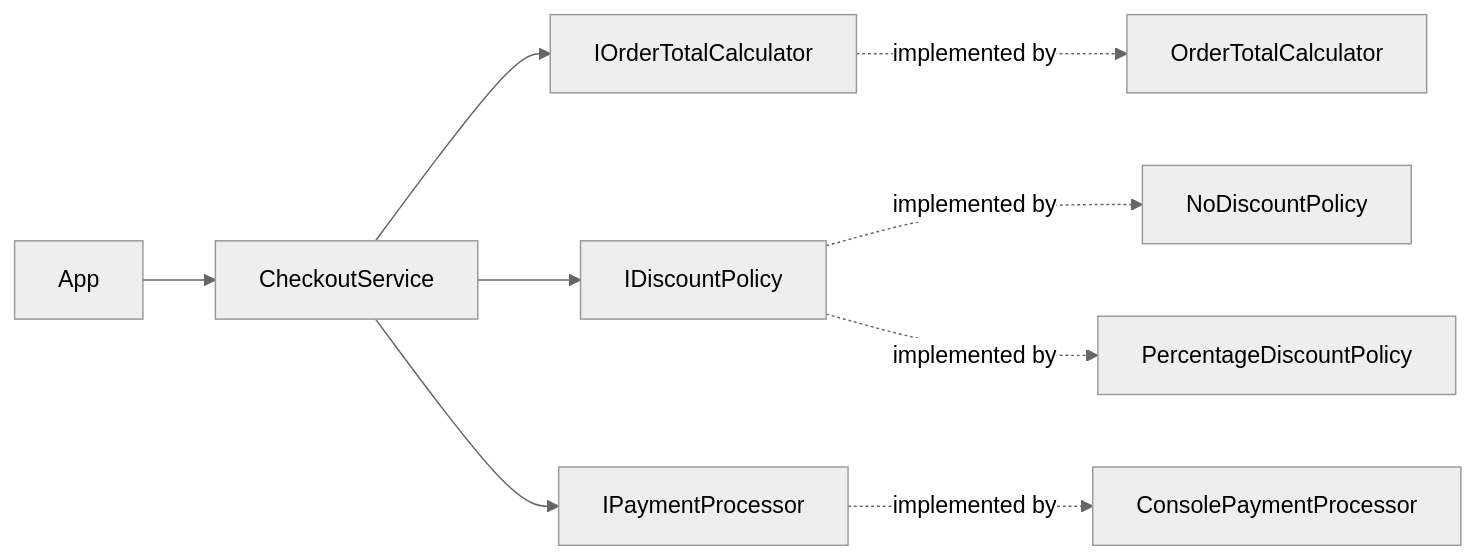
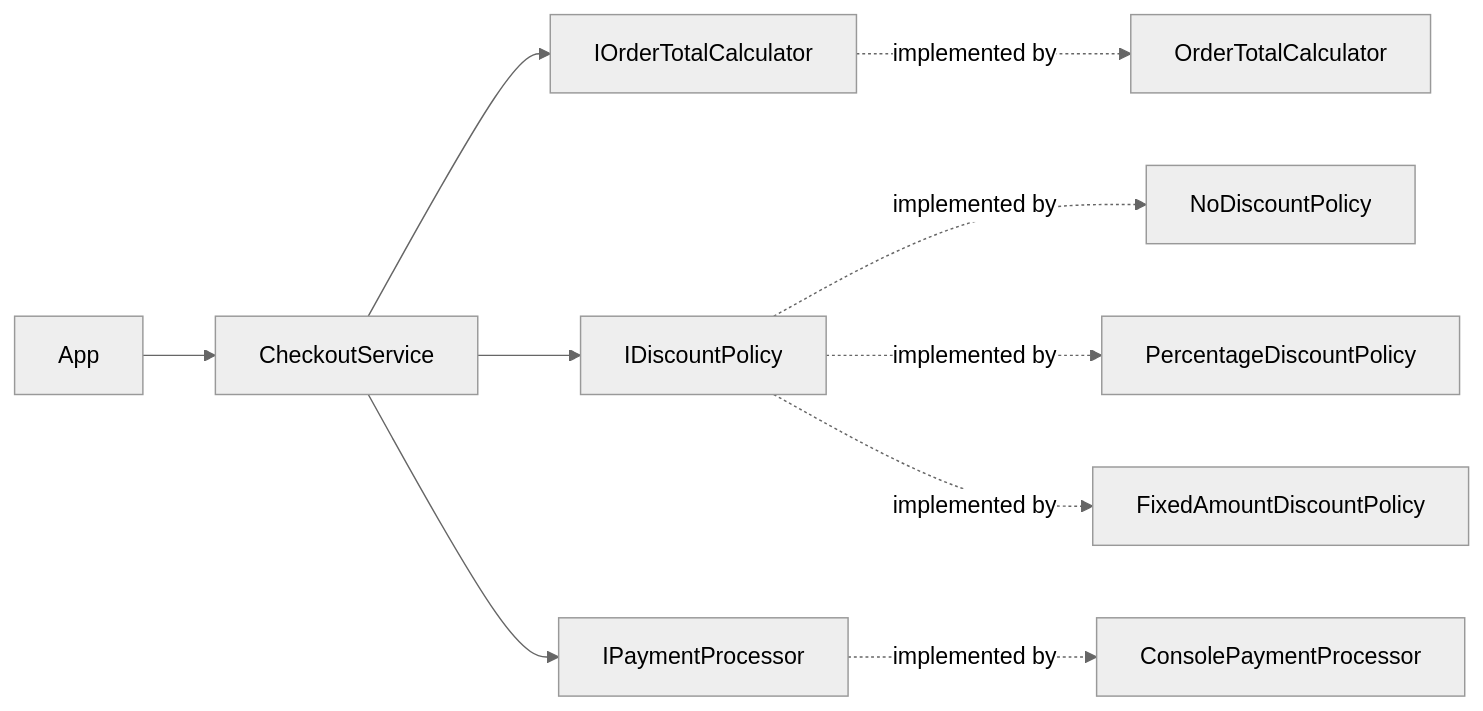
One commit to ajaysingh721/example-oops-solid changed the second of 2 diagrams in README.md. Above: the diagram before and after it, drawn with Mermaid (neutral theme). The commit also changed 1 other file, not shown here.

Commit message:
Update README and Program.cs to include FixedAmountDiscountPolicy in examples

````diff
--- a/README.md
+++ b/README.md
@@ -66,11 +66,12 @@
 ```mermaid
 flowchart LR
 	App --> CheckoutService
 	CheckoutService --> IOrderTotalCalculator
 	CheckoutService --> IDiscountPolicy
 	CheckoutService --> IPaymentProcessor
 	IOrderTotalCalculator -.implemented by.-> OrderTotalCalculator
 	IDiscountPolicy -.implemented by.-> NoDiscountPolicy
 	IDiscountPolicy -.implemented by.-> PercentageDiscountPolicy
+	IDiscountPolicy -.implemented by.-> FixedAmountDiscountPolicy
 	IPaymentProcessor -.implemented by.-> ConsolePaymentProcessor
 ```
````
